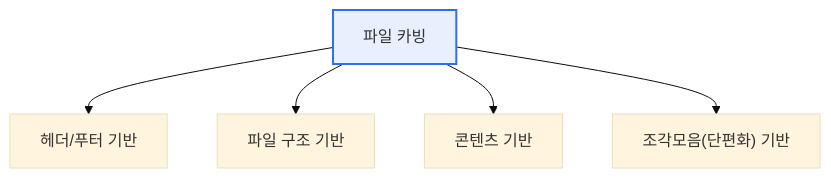
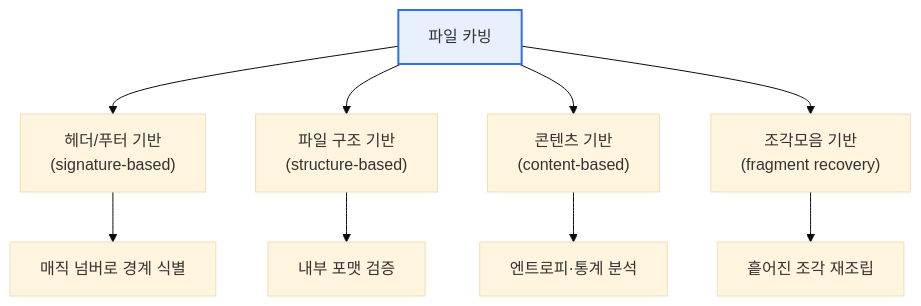
The first of 2 diagrams in content/file-carving.md (coninggu/wjdqhrhksflrltnftk), drawn with Mermaid (base theme) before and after one commit. The commit also changed other lines of this file and 3 other files, not shown here.

````diff
--- a/content/file-carving.md
+++ b/content/file-carving.md
@@ -15,8 +25,12 @@
 ```mermaid
 flowchart TB
-  FC[파일 카빙] --> H["헤더/푸터 기반"]
-  FC --> S["파일 구조 기반"]
-  FC --> C["콘텐츠 기반"]
-  FC --> F["조각모음(단편화) 기반"]
+  FC["파일 카빙"] --> H["헤더/푸터 기반<br/>(signature-based)"]
+  FC --> S["파일 구조 기반<br/>(structure-based)"]
+  FC --> C["콘텐츠 기반<br/>(content-based)"]
+  FC --> F["조각모음 기반<br/>(fragment recovery)"]
+  H --> H1["매직 넘버로 경계 식별"]
+  S --> S1["내부 포맷 검증"]
+  C --> C1["엔트로피·통계 분석"]
+  F --> F1["흩어진 조각 재조립"]
   style FC fill:#e8f0fe,stroke:#2f6fed,stroke-width:2px
 ```
````
